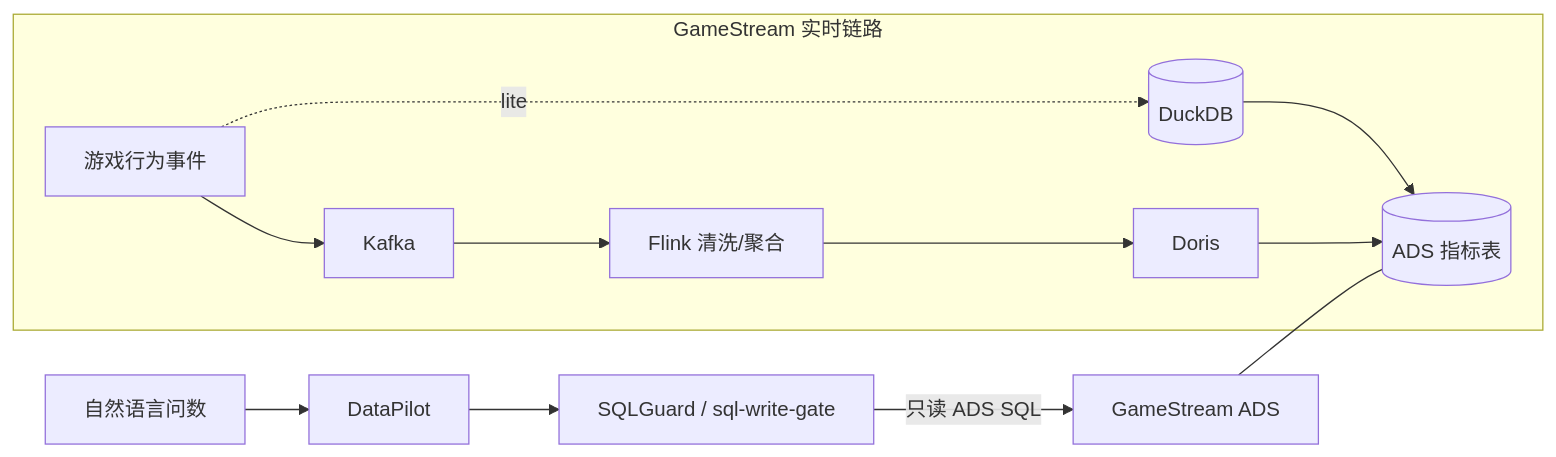
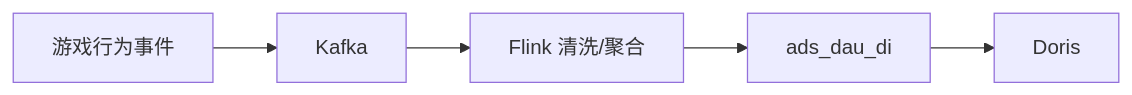
One commit to tangyf07/GameStream changed the diagram in README.md. Above: the diagram before and after it, drawn with Mermaid. The commit also changed other lines of this file and 2 other files, not shown here.

````diff
--- a/README.md
+++ b/README.md
@@ -9,15 +7,7 @@
 ```mermaid
 flowchart LR
-  NL[自然语言问数] --> DP[DataPilot]
-  DP --> SG[SQLGuard / sql-write-gate]
-  SG -->|只读 ADS SQL| GS[GameStream ADS]
-  subgraph GS_pipe [GameStream 实时链路]
-    E[游戏行为事件] --> K[Kafka]
-    K --> F[Flink 清洗/聚合]
-    F --> OLAP[Doris]
-    E -. lite .-> DB[(DuckDB)]
-    DB --> ADS[(ADS 指标表)]
-    OLAP --> ADS
-  end
-  GS --- ADS
+  E[游戏行为事件] --> K[Kafka]
+  K --> F[Flink 清洗/聚合]
+  F --> M["ads_dau_di"]
+  M --> D[Doris]
 ```
````
